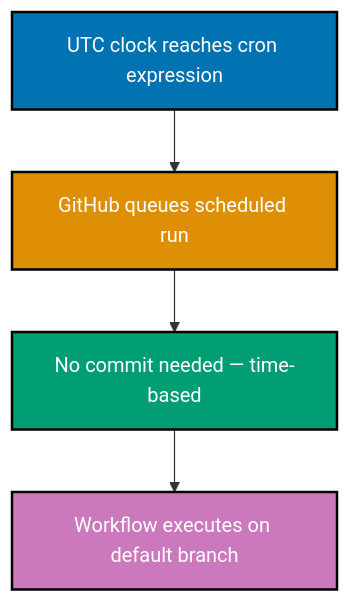
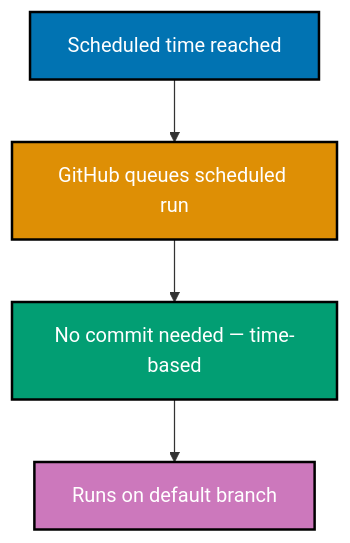
One commit to wahidyankf/baseerah changed the third of 8 diagrams in apps/ayokoding-www/content/en/learn/software-engineering/automation-tools/github-actions/by-example/beginner.md. Above: the diagram before and after it, drawn with Mermaid. The commit also changed other lines of this file and 88 other files, not shown here.

First line of the commit message:
fix(ayokoding-www): resolve pre-existing Mermaid violations, exclude fixtures/plans-done

````diff
--- a/apps/ayokoding-www/content/en/learn/software-engineering/automation-tools/github-actions/by-example/beginner.md
+++ b/apps/ayokoding-www/content/en/learn/software-engineering/automation-tools/github-actions/by-example/beginner.md
@@ -384,11 +384,11 @@
 ```mermaid
 graph TD
-    A["UTC clock reaches cron expression"]:::blue --> B["GitHub queues scheduled run"]:::orange
+    A["Scheduled time reached"]:::blue --> B["GitHub queues scheduled run"]:::orange
     B --> C["No commit needed — time-based"]:::teal
-    C --> D["Workflow executes on default branch"]:::purple
+    C --> D["Runs on default branch"]:::purple
 
     classDef blue fill:#0173B2,stroke:#000,color:#fff,stroke-width:2px
     classDef orange fill:#DE8F05,stroke:#000,color:#fff,stroke-width:2px
     classDef teal fill:#029E73,stroke:#000,color:#fff,stroke-width:2px
     classDef purple fill:#CC78BC,stroke:#000,color:#fff,stroke-width:2px
 ```
````
